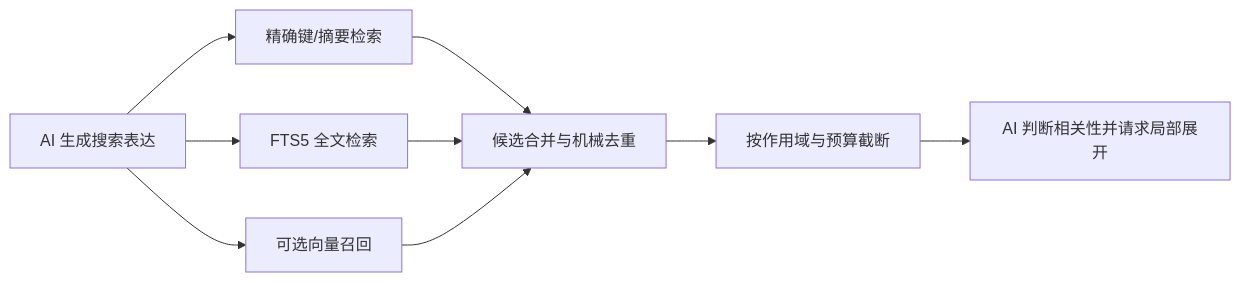
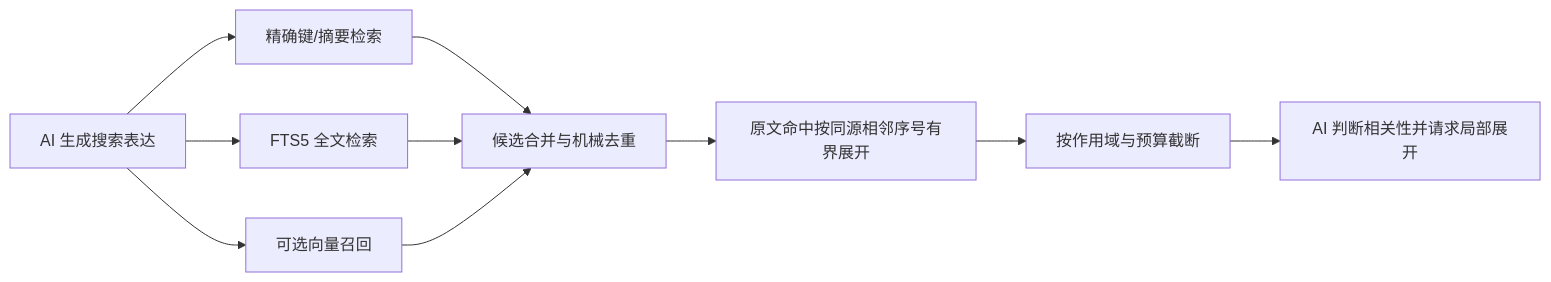
One commit to LastEmbryo2950618641/WorldSeed changed the second of 3 diagrams in docs/backend-architecture.md. Above: the diagram before and after it, drawn with Mermaid. The commit also changed other lines of this file and 68 other files, not shown here.

````diff
--- a/docs/backend-architecture.md
+++ b/docs/backend-architecture.md
@@ -321,11 +325,12 @@
 ```mermaid
 flowchart LR
     Q["AI 生成搜索表达"] --> E["精确键/摘要检索"]
     Q --> F["FTS5 全文检索"]
     Q --> V["可选向量召回"]
     E --> M["候选合并与机械去重"]
     F --> M
     V --> M
-    M --> L["按作用域与预算截断"]
+    M --> S["原文命中按同源相邻序号有界展开"]
+    S --> L["按作用域与预算截断"]
     L --> A["AI 判断相关性并请求局部展开"]
 ```
````
